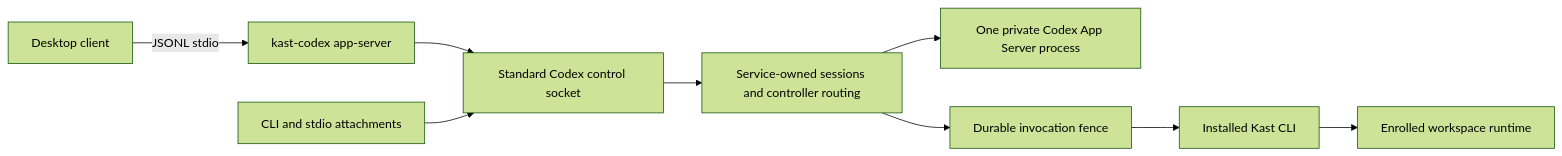
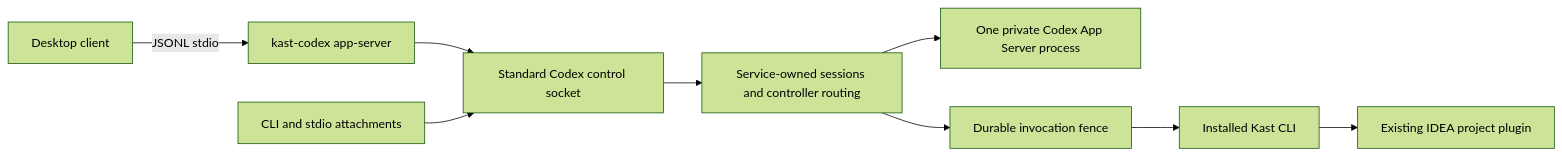
Before and after one commit to amichne/kast: the diagram in app-server/README.md, drawn with Mermaid (forest theme). The commit also changed other lines of this file and 466 other files, not shown here.

Commit message:
refactor: retire isolated runtime in favor of the IDEA plugin

````diff
--- a/app-server/README.md
+++ b/app-server/README.md
@@ -71,11 +71,11 @@
 ```mermaid
 flowchart LR
   Desktop[Desktop client] -->|JSONL stdio| Facade[kast-codex app-server]
   Facade --> Public[Standard Codex control socket]
   CLI[CLI and stdio attachments] --> Public
   Public --> Hub[Service-owned sessions and controller routing]
   Hub --> Upstream[One private Codex App Server process]
   Hub --> Fence[Durable invocation fence]
   Fence --> Kast[Installed Kast CLI]
-  Kast --> Workspace[Enrolled workspace runtime]
+  Kast --> Workspace[Existing IDEA project plugin]
 ```
````
